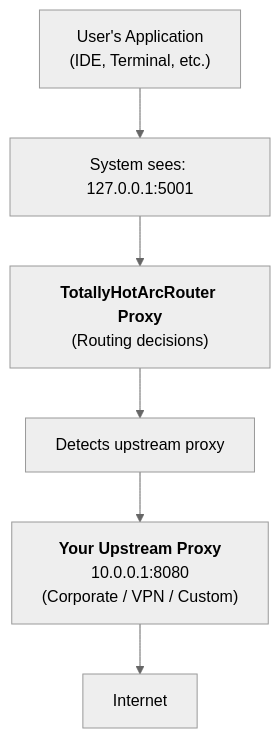
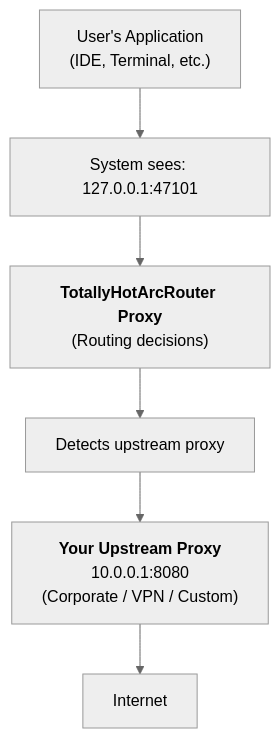
The second of 6 diagrams in docs/router/proxy-coexistence.md (davidpizon/TotallyHot-ArcRouter), drawn with Mermaid (neutral theme) before and after one commit. The commit also changed other lines of this file and 23 other files, not shown here.

````diff
--- a/docs/router/proxy-coexistence.md
+++ b/docs/router/proxy-coexistence.md
@@ -155,11 +155,11 @@
 ```mermaid
 flowchart TD
     APP["User's Application<br/>(IDE, Terminal, etc.)"]
-    SEES["System sees: 127.0.0.1:5001"]
+    SEES["System sees: 127.0.0.1:47101"]
     ACR["<b>TotallyHotArcRouter Proxy</b><br/>(Routing decisions)"]
     DET["Detects upstream proxy"]
     UP["<b>Your Upstream Proxy</b><br/>10.0.0.1:8080<br/>(Corporate / VPN / Custom)"]
     NET["Internet"]
 
     APP --> SEES --> ACR --> DET --> UP --> NET
 ```
````
